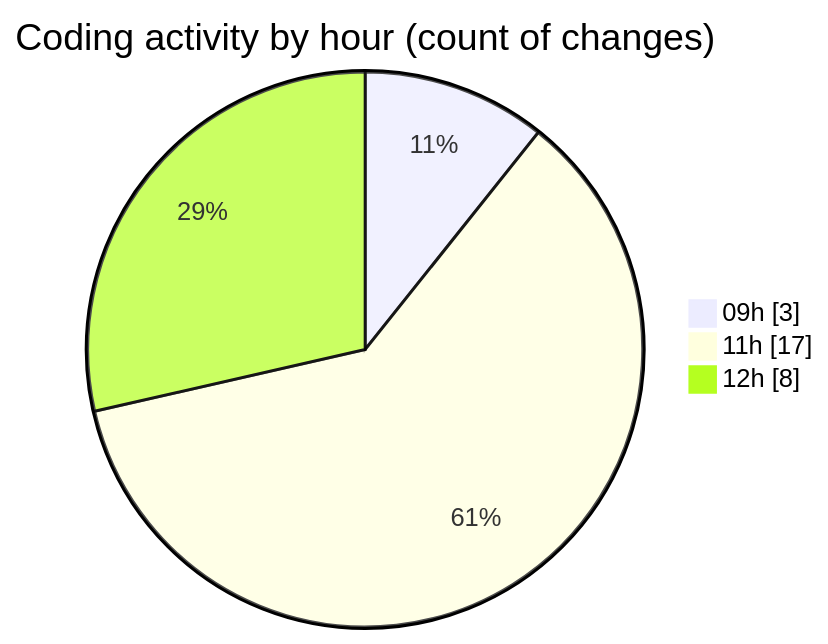
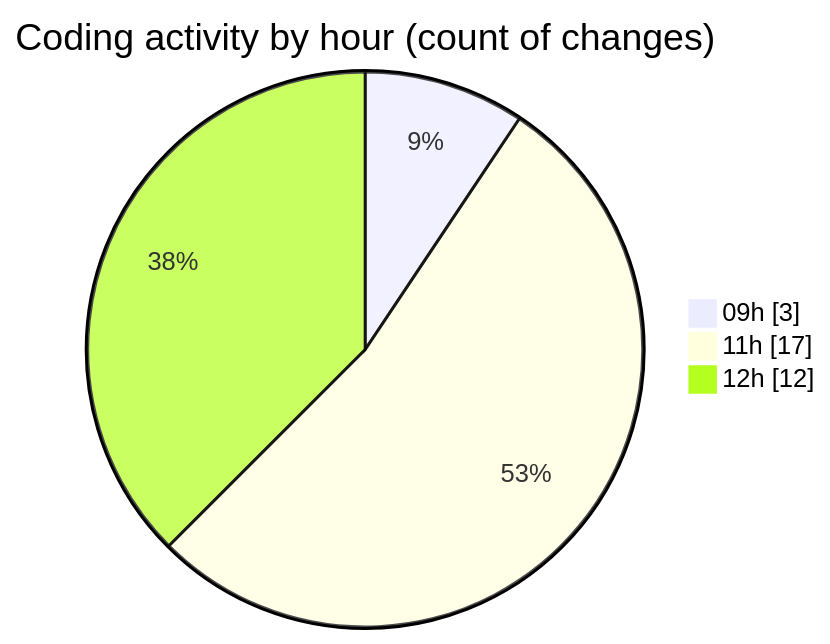
Before and after one commit to julien-gomy/code-tracking: the second of 2 diagrams in 2025-10-15/eventscop-api-guide__workspace_/README.md, drawn with Mermaid. The commit also changed other lines of this file and 1 other file, not shown here.

````diff
--- a/2025-10-15/eventscop-api-guide__workspace_/README.md
+++ b/2025-10-15/eventscop-api-guide__workspace_/README.md
@@ -32,7 +32,7 @@
 ```mermaid
 pie showData
 title Coding activity by hour (count of changes)
 "09h" : 3
 "11h" : 17
-"12h" : 8
+"12h" : 12
 ```
````
